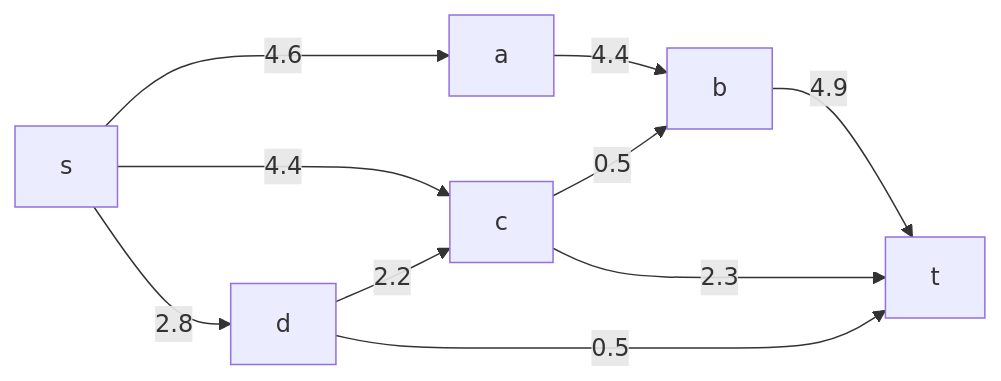
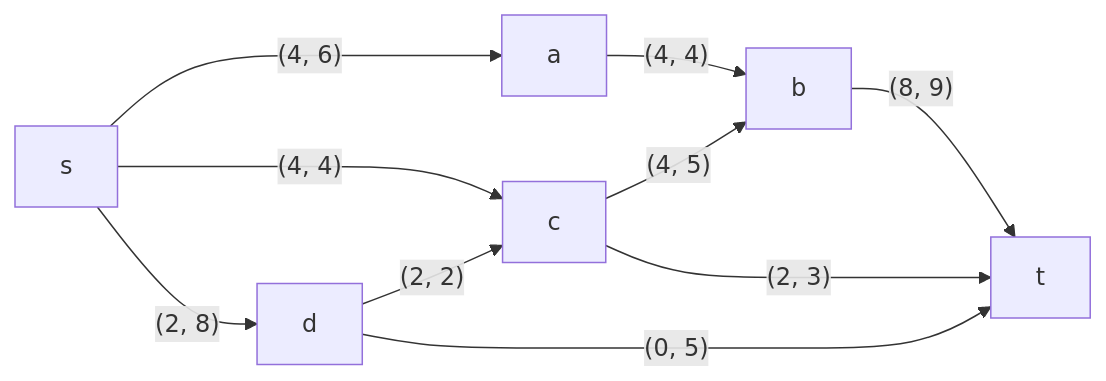
One commit to hse-algo-24-owl/manual-tasks-owl changed the eighth of 11 diagrams in task-9/catsVSalgos_V2.md. Above: the diagram before and after it, drawn with Mermaid. The commit also changed other lines of this file, not shown here.

````diff
--- a/task-9/catsVSalgos_V2.md
+++ b/task-9/catsVSalgos_V2.md
@@ -113,12 +155,12 @@
 ```mermaid
 graph LR
-    s-->|4.6|a
-    s-->|4.4|c
-    s-->|2.8|d
-    a-->|4.4|b
-    c-->|0.5|b
-    d-->|2.2|c
-    b-->|4.9|t
-    c-->|2.3|t
-    d-->|0.5|t
+    s-->|"(4, 6)"|a
+    s-->|"(4, 4)"|c
+    s-->|"(2, 8)"|d
+    a-->|"(4, 4)"|b
+    c-->|"(4, 5)"|b
+    d-->|"(2, 2)"|c
+    b-->|"(8, 9)"|t
+    c-->|"(2, 3)"|t
+    d-->|"(0, 5)"|t
 ```
````
